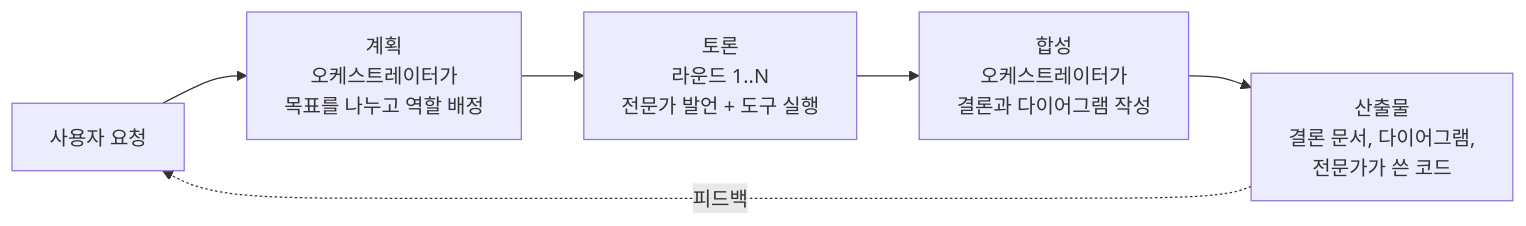
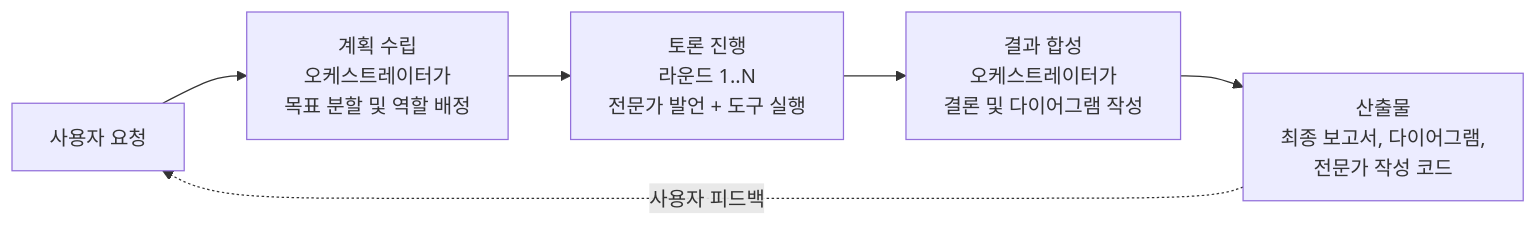
The second of 3 diagrams in lectures/01-introduction.md (HaJaehee/MultiAgentDebateAndOrchestrationPlatform), drawn with Mermaid before and after one commit. The commit also changed other lines of this file and 39 other files, not shown here.

````diff
--- a/lectures/01-introduction.md
+++ b/lectures/01-introduction.md
@@ -67,8 +57,8 @@
 ```mermaid
 flowchart LR
-    A["사용자 요청"] --> B["계획<br/>오케스트레이터가<br/>목표를 나누고 역할 배정"]
-    B --> C["토론<br/>라운드 1..N<br/>전문가 발언 + 도구 실행"]
-    C --> D["합성<br/>오케스트레이터가<br/>결론과 다이어그램 작성"]
-    D --> E["산출물<br/>결론 문서, 다이어그램,<br/>전문가가 쓴 코드"]
-    E -.->|"피드백"| A
+    A["사용자 요청"] --> B["계획 수립<br/>오케스트레이터가<br/>목표 분할 및 역할 배정"]
+    B --> C["토론 진행<br/>라운드 1..N<br/>전문가 발언 + 도구 실행"]
+    C --> D["결과 합성<br/>오케스트레이터가<br/>결론 및 다이어그램 작성"]
+    D --> E["산출물<br/>최종 보고서, 다이어그램,<br/>전문가 작성 코드"]
+    E -.->|"사용자 피드백"| A
 ```
````
